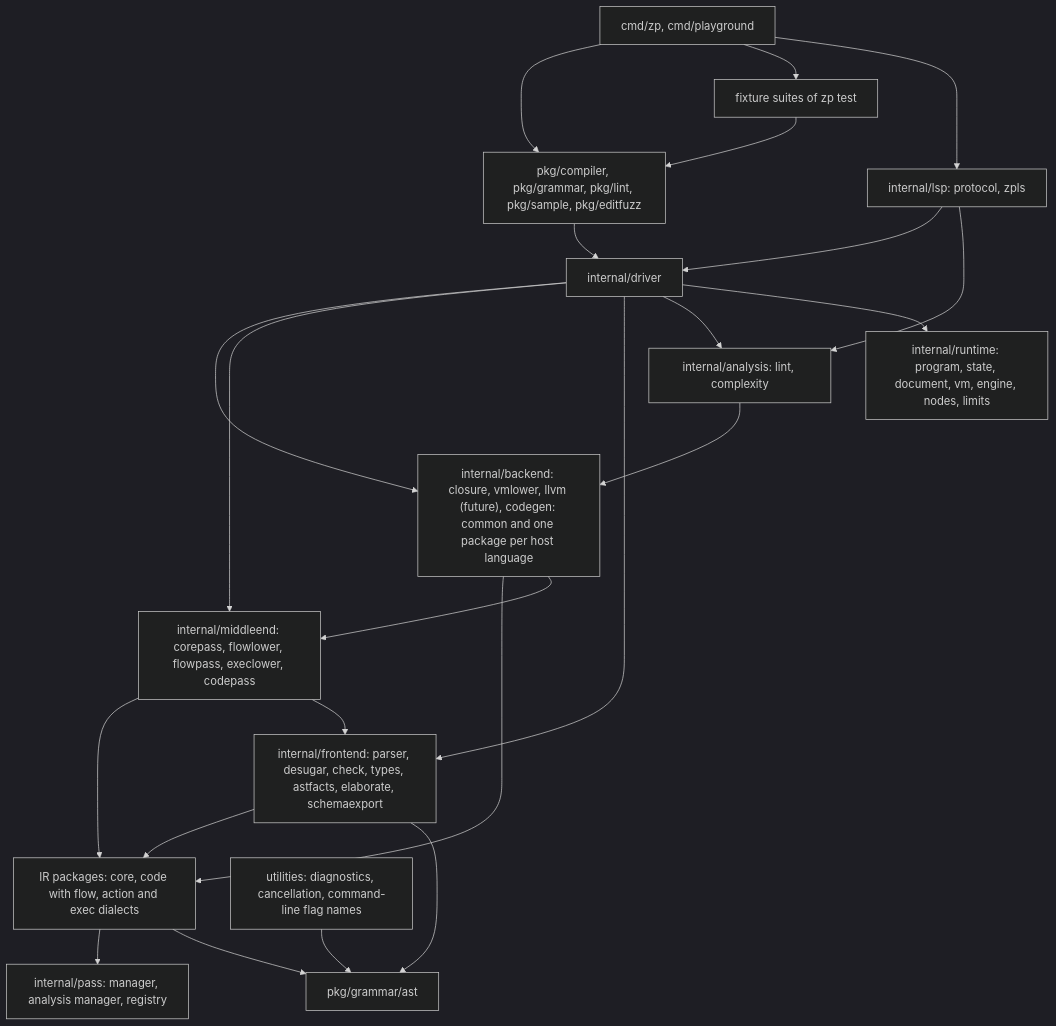
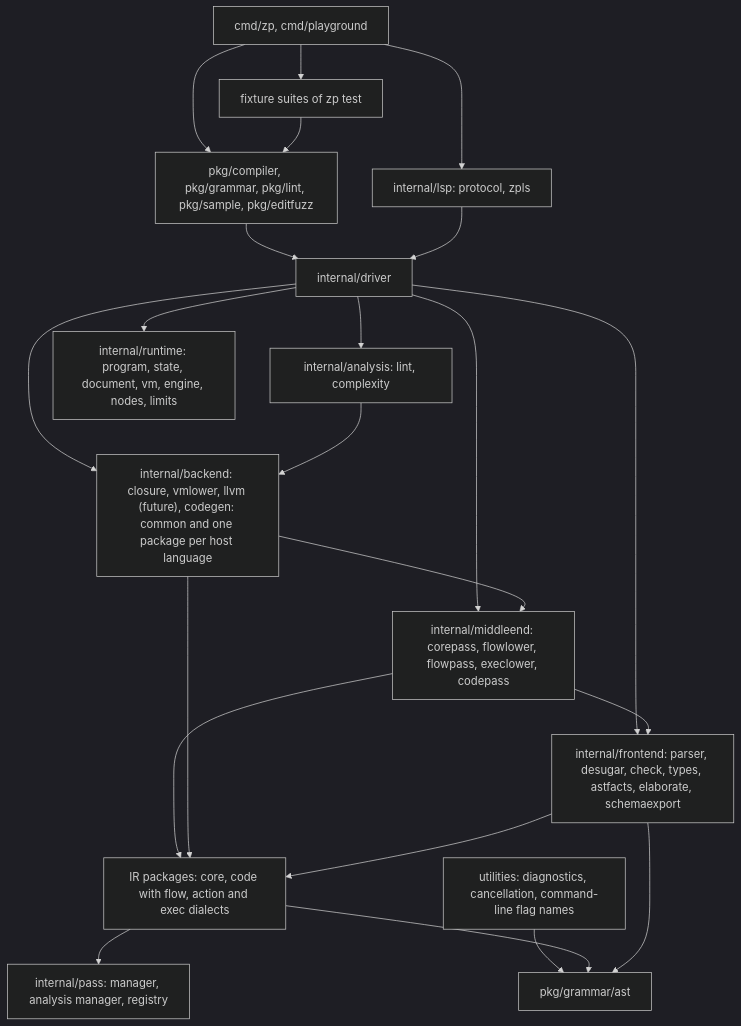
The diagram in docs/design/records/072-release-package-layout.md (syntaxir/syntaxir), drawn with Mermaid (dark theme) before and after one commit. The commit also changed other lines of this file and 16 other files, not shown here.

````diff
--- a/docs/design/records/072-release-package-layout.md
+++ b/docs/design/records/072-release-package-layout.md
@@ -147,23 +149,22 @@
 ```mermaid
 flowchart TD
   cmd["cmd/zp, cmd/playground"] --> pub["pkg/compiler, pkg/grammar, pkg/lint, pkg/sample, pkg/editfuzz"]
   pub --> driver["internal/driver"]
   cmd --> fixture["fixture suites of zp test"] --> pub
   driver --> backend["internal/backend: closure, vmlower, llvm (future), codegen: common and one package per host language"]
   driver --> middle["internal/middleend: corepass, flowlower, flowpass, execlower, codepass"]
   driver --> front["internal/frontend: parser, desugar, check, types, astfacts, elaborate, schemaexport"]
   middle --> ir["IR packages: core, code with flow, action and exec dialects"]
   backend --> ir
   front --> ir
   ir --> pass["internal/pass: manager, analysis manager, registry"]
   util["utilities: diagnostics, cancellation, command-line flag names"] --> gram["pkg/grammar/ast"]
   ir --> gram
   cmd --> lsp["internal/lsp: protocol, zpls"] --> driver
-  lsp --> analysis["internal/analysis: lint, complexity"]
-  driver --> analysis
+  driver --> analysis["internal/analysis: lint, complexity"]
   analysis --> backend
   backend --> middle
   middle --> front
   front --> gram
   driver --> rt["internal/runtime: program, state, document, vm, engine, nodes, limits"]
 ```
````
